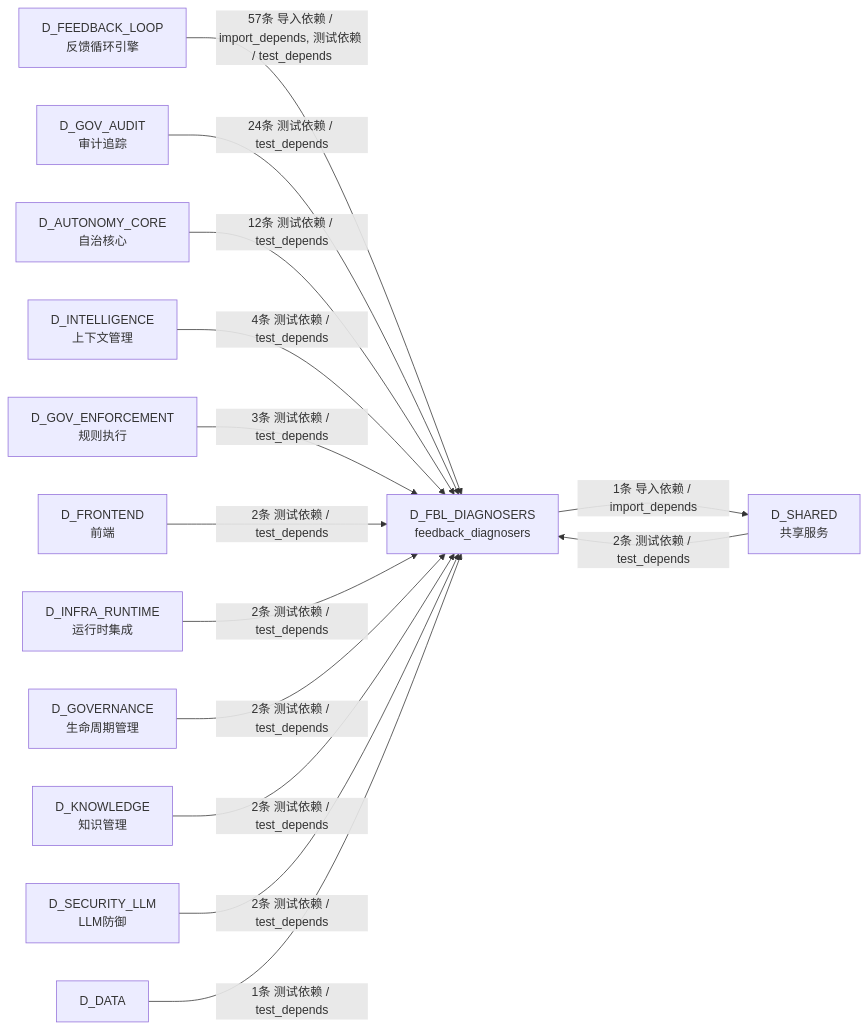
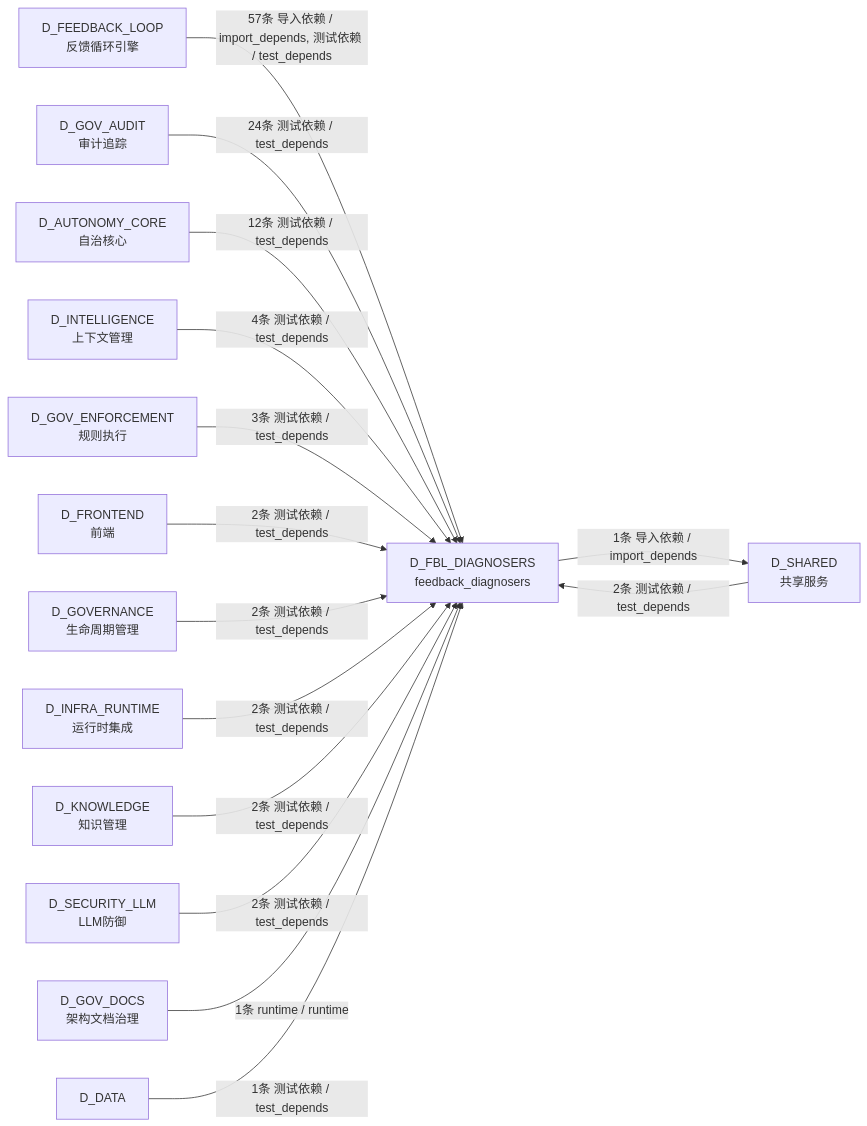
The sixth of 6 diagrams in docs/02_enterprise_architecture/02_domain_architecture_docs/12_d_fbl_diagnosers.md (xuanFelixVan/ZephyrAlpha), drawn with Mermaid before and after one commit. The commit also changed other lines of this file and 126 other files, not shown here.

````diff
--- a/docs/02_enterprise_architecture/02_domain_architecture_docs/12_d_fbl_diagnosers.md
+++ b/docs/02_enterprise_architecture/02_domain_architecture_docs/12_d_fbl_diagnosers.md
@@ -599,29 +600,31 @@
 ```mermaid
 graph LR
     D_FBL_DIAGNOSERS["D_FBL_DIAGNOSERS<br/>feedback_diagnosers"]
     D_SHARED["D_SHARED<br/>共享服务"]
     D_FEEDBACK_LOOP["D_FEEDBACK_LOOP<br/>反馈循环引擎"]
     D_GOV_AUDIT["D_GOV_AUDIT<br/>审计追踪"]
     D_AUTONOMY_CORE["D_AUTONOMY_CORE<br/>自治核心"]
     D_INTELLIGENCE["D_INTELLIGENCE<br/>上下文管理"]
     D_GOV_ENFORCEMENT["D_GOV_ENFORCEMENT<br/>规则执行"]
     D_FRONTEND["D_FRONTEND<br/>前端"]
+    D_GOVERNANCE["D_GOVERNANCE<br/>生命周期管理"]
     D_INFRA_RUNTIME["D_INFRA_RUNTIME<br/>运行时集成"]
-    D_GOVERNANCE["D_GOVERNANCE<br/>生命周期管理"]
     D_KNOWLEDGE["D_KNOWLEDGE<br/>知识管理"]
     D_SECURITY_LLM["D_SECURITY_LLM<br/>LLM防御"]
+    D_GOV_DOCS["D_GOV_DOCS<br/>架构文档治理"]
     D_DATA["D_DATA"]
     D_FBL_DIAGNOSERS -->|1条 导入依赖 / import_depends| D_SHARED
     D_FEEDBACK_LOOP -->|57条 导入依赖 / import_depends, 测试依赖 / test_depends| D_FBL_DIAGNOSERS
     D_GOV_AUDIT -->|24条 测试依赖 / test_depends| D_FBL_DIAGNOSERS
     D_AUTONOMY_CORE -->|12条 测试依赖 / test_depends| D_FBL_DIAGNOSERS
     D_INTELLIGENCE -->|4条 测试依赖 / test_depends| D_FBL_DIAGNOSERS
     D_GOV_ENFORCEMENT -->|3条 测试依赖 / test_depends| D_FBL_DIAGNOSERS
     D_SHARED -->|2条 测试依赖 / test_depends| D_FBL_DIAGNOSERS
     D_FRONTEND -->|2条 测试依赖 / test_depends| D_FBL_DIAGNOSERS
+    D_GOVERNANCE -->|2条 测试依赖 / test_depends| D_FBL_DIAGNOSERS
     D_INFRA_RUNTIME -->|2条 测试依赖 / test_depends| D_FBL_DIAGNOSERS
-    D_GOVERNANCE -->|2条 测试依赖 / test_depends| D_FBL_DIAGNOSERS
     D_KNOWLEDGE -->|2条 测试依赖 / test_depends| D_FBL_DIAGNOSERS
     D_SECURITY_LLM -->|2条 测试依赖 / test_depends| D_FBL_DIAGNOSERS
+    D_GOV_DOCS -->|1条 runtime / runtime| D_FBL_DIAGNOSERS
     D_DATA -->|1条 测试依赖 / test_depends| D_FBL_DIAGNOSERS
 ```
````
